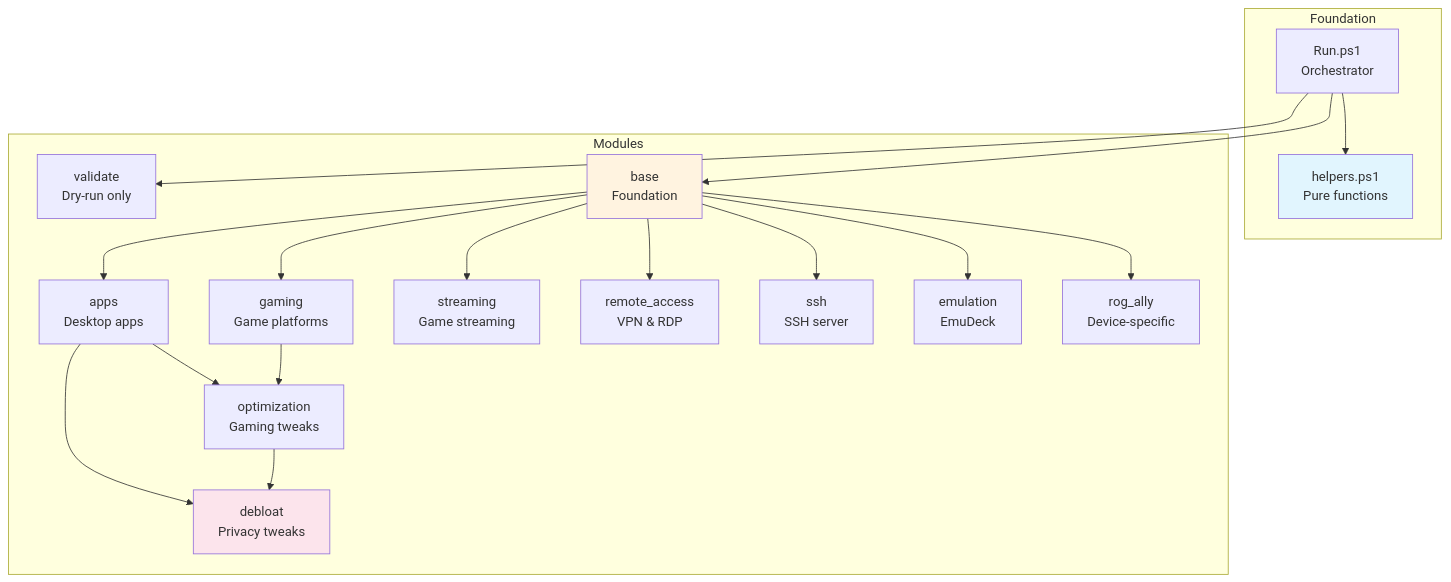
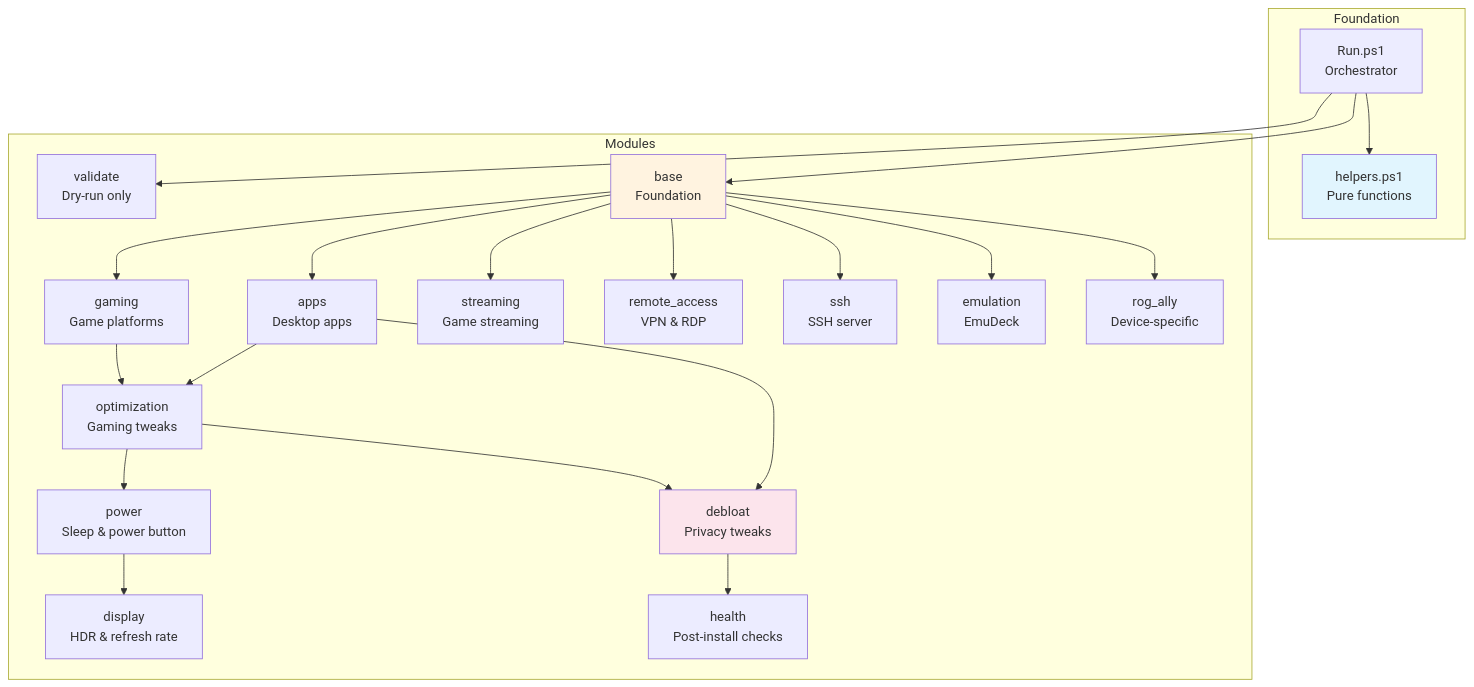
Before and after one commit to bootible/bootible: the diagram in docs-site/docs/platforms/rog-ally/modules.md, drawn with Mermaid. The commit also changed other lines of this file and 8 other files, not shown here.

````diff
--- a/docs-site/docs/platforms/rog-ally/modules.md
+++ b/docs-site/docs/platforms/rog-ally/modules.md
@@ -34,40 +37,46 @@
 ```mermaid
 graph TD
     subgraph Foundation
         H[helpers.ps1<br/>Pure functions]
         R[Run.ps1<br/>Orchestrator]
     end
 
     subgraph Modules
         V[validate<br/>Dry-run only]
         B[base<br/>Foundation]
         A[apps<br/>Desktop apps]
         G[gaming<br/>Game platforms]
         S[streaming<br/>Game streaming]
         RA[remote_access<br/>VPN & RDP]
         SSH[ssh<br/>SSH server]
         E[emulation<br/>EmuDeck]
         ROG[rog_ally<br/>Device-specific]
         O[optimization<br/>Gaming tweaks]
+        P[power<br/>Sleep & power button]
+        DISP[display<br/>HDR & refresh rate]
         D[debloat<br/>Privacy tweaks]
+        HC[health<br/>Post-install checks]
     end
 
     R --> H
     R --> V
     R --> B
     B --> A
     B --> G
     B --> S
     B --> RA
     B --> SSH
     B --> E
     B --> ROG
     A --> O
     G --> O
+    O --> P
+    P --> DISP
     A --> D
     O --> D
+    D --> HC
 
     style H fill:#e1f5fe
     style B fill:#fff3e0
     style D fill:#fce4ec
 ```
````
